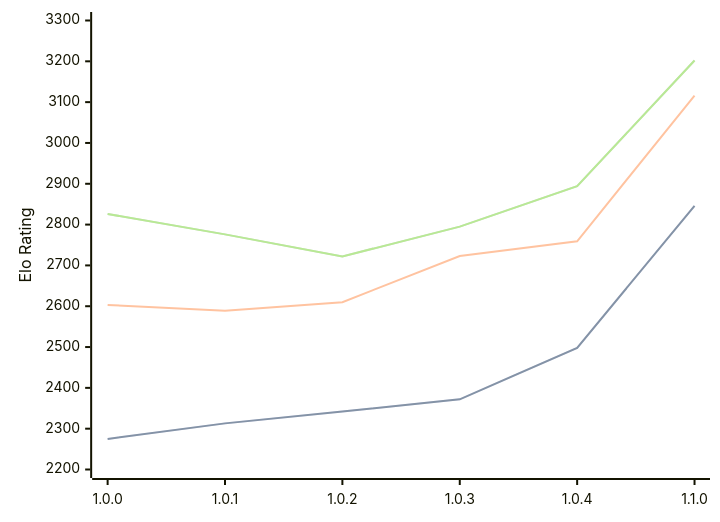
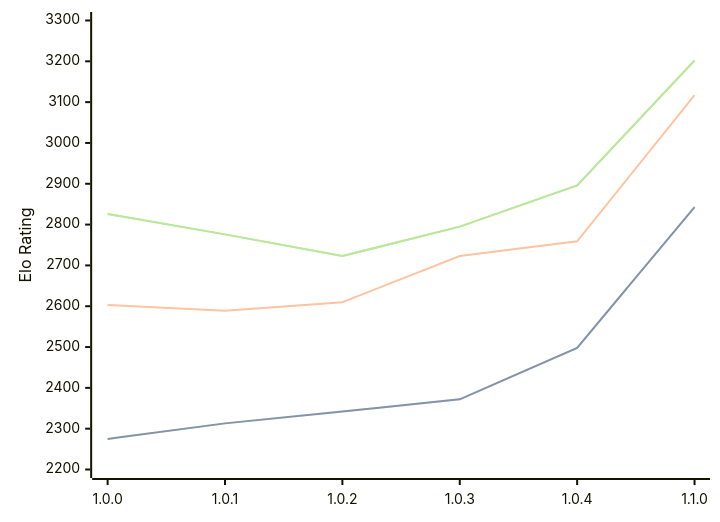
The diagram in engines/Grail.md (computer-chess-index/cci), drawn with Mermaid before and after one commit. The commit also changed other lines of this file, not shown here.

Commit message:
Update CCI Ratings (ELO VLTC) - 2026-03-13

````diff
--- a/engines/Grail.md
+++ b/engines/Grail.md
@@ -34,11 +34,11 @@
 ```mermaid
 %%{init: {"theme":"base","themeVariables":{"seriesColors:['#a3a3a3','#222221','#faa371']}}}%%
 xychart-beta
   x-axis ["1.0.0", "1.0.1", "1.0.2", "1.0.3", "1.0.4", "1.1.0"]
   y-axis "Elo Rating" 2200 --> 3300
-  line "STC (8.0+0.08s)" [2275, 2313, 2342, 2372, 2498, 2846]
-  line "STC (8.0+0.08s)" [2275, 2313, 2342, 2372, 2498, 2846]
-  line "LTC (60.0+0.60s)" [2603, 2589, 2610, 2723, 2759, 3116]
-  line "VLTC (2m24s+1.12s)" [2826, 2776, 2722, 2795, 2894, 3202]
-  line "VLTC (2m24s+1.12s)" [2826, 2776, 2722, 2795, 2894, 3202]
+  line "STC (8.0+0.08s)" [2275, 2313, 2342, 2372, 2498, 2843]
+  line "STC (8.0+0.08s)" [2275, 2313, 2342, 2372, 2498, 2843]
+  line "LTC (60.0+0.60s)" [2603, 2589, 2610, 2723, 2759, 3117]
+  line "VLTC (2m24s+1.12s)" [2826, 2776, 2723, 2795, 2896, 3202]
+  line "VLTC (2m24s+1.12s)" [2826, 2776, 2723, 2795, 2896, 3202]
 ```
````
